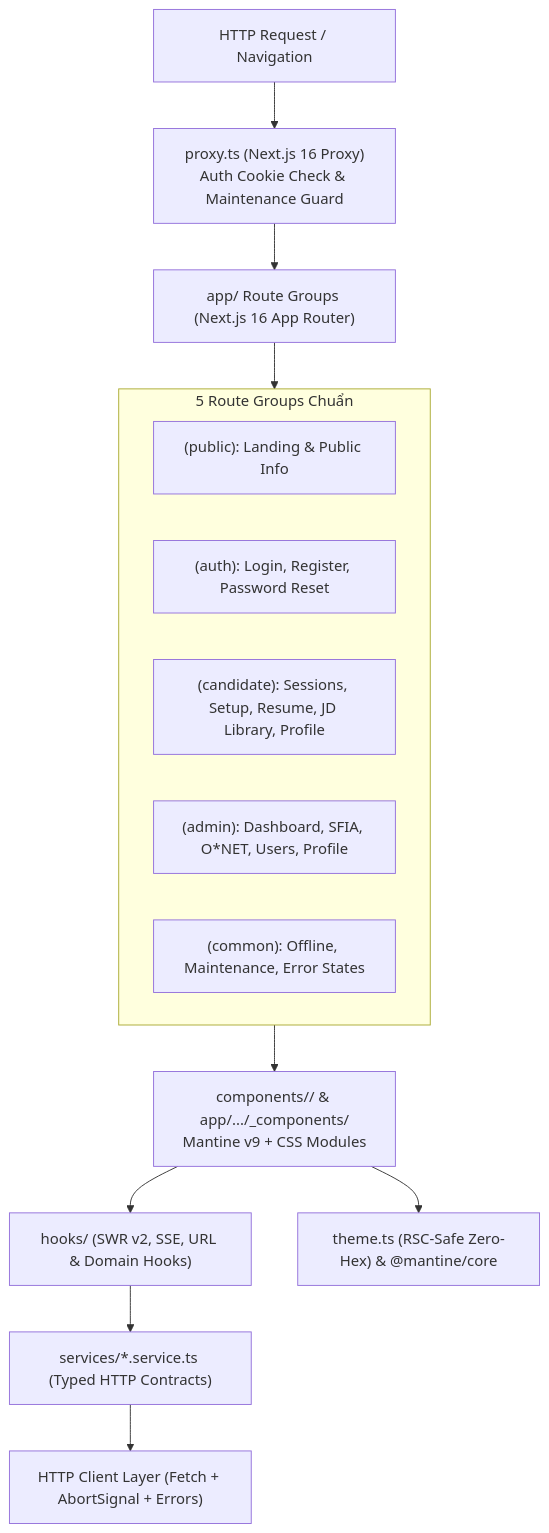
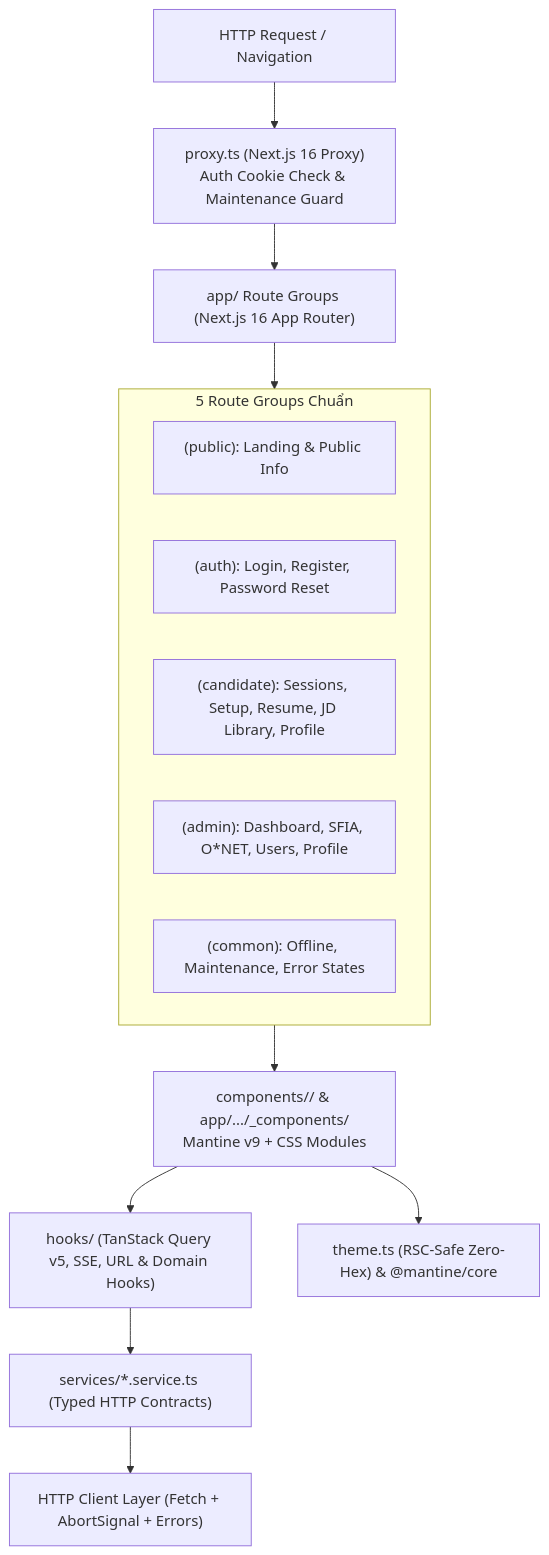
The diagram in client/docs/docs/01-foundations/architecture-and-structure.md (lethanhan01/interview-coach), drawn with Mermaid before and after one commit. The commit also changed other lines of this file and 18 other files, not shown here.

````diff
--- a/client/docs/docs/01-foundations/architecture-and-structure.md
+++ b/client/docs/docs/01-foundations/architecture-and-structure.md
@@ -34,20 +34,20 @@
 ```mermaid
 flowchart TD
     REQ["HTTP Request / Navigation"] --> PROXY["proxy.ts (Next.js 16 Proxy)<br/>Auth Cookie Check & Maintenance Guard"]
     PROXY --> APP["app/ Route Groups (Next.js 16 App Router)"]
 
     subgraph GROUPS ["5 Route Groups Chuẩn"]
         G1["(public): Landing & Public Info"]
         G2["(auth): Login, Register, Password Reset"]
         G3["(candidate): Sessions, Setup, Resume, JD Library, Profile"]
         G4["(admin): Dashboard, SFIA, O*NET, Users, Profile"]
         G5["(common): Offline, Maintenance, Error States"]
     end
 
     APP --> GROUPS
     GROUPS --> UI["components/<domain>/ & app/.../_components/<br/>Mantine v9 + CSS Modules"]
-    UI --> HOOKS["hooks/ (SWR v2, SSE, URL & Domain Hooks)"]
+    UI --> HOOKS["hooks/ (TanStack Query v5, SSE, URL & Domain Hooks)"]
     HOOKS --> SVC["services/*.service.ts (Typed HTTP Contracts)"]
     SVC --> API["HTTP Client Layer (Fetch + AbortSignal + Errors)"]
     UI --> THEME["theme.ts (RSC-Safe Zero-Hex) & @mantine/core"]
 ```
````
